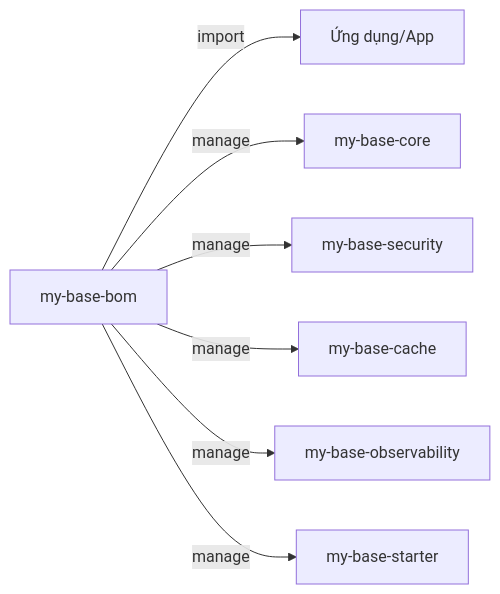
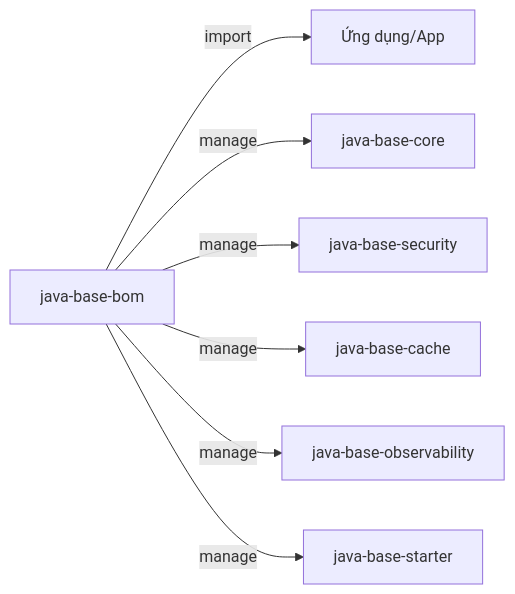
The diagram in plan/plan-my-base-bom.md (tmshoangnam/code-base-java), drawn with Mermaid before and after one commit. The commit also changed other lines of this file and 114 other files, not shown here.

````diff
--- a/plan/plan-my-base-bom.md
+++ b/plan/plan-my-base-bom.md
@@ -14,9 +14,9 @@
 ```mermaid
 graph LR
-  A[my-base-bom] -- import --> B[Ứng dụng/App]
-  A -- manage --> C[my-base-core]
-  A -- manage --> D[my-base-security]
-  A -- manage --> E[my-base-cache]
-  A -- manage --> F[my-base-observability]
-  A -- manage --> G[my-base-starter]
+  A[java-base-bom] -- import --> B[Ứng dụng/App]
+  A -- manage --> C[java-base-core]
+  A -- manage --> D[java-base-security]
+  A -- manage --> E[java-base-cache]
+  A -- manage --> F[java-base-observability]
+  A -- manage --> G[java-base-starter]
 ```
````
